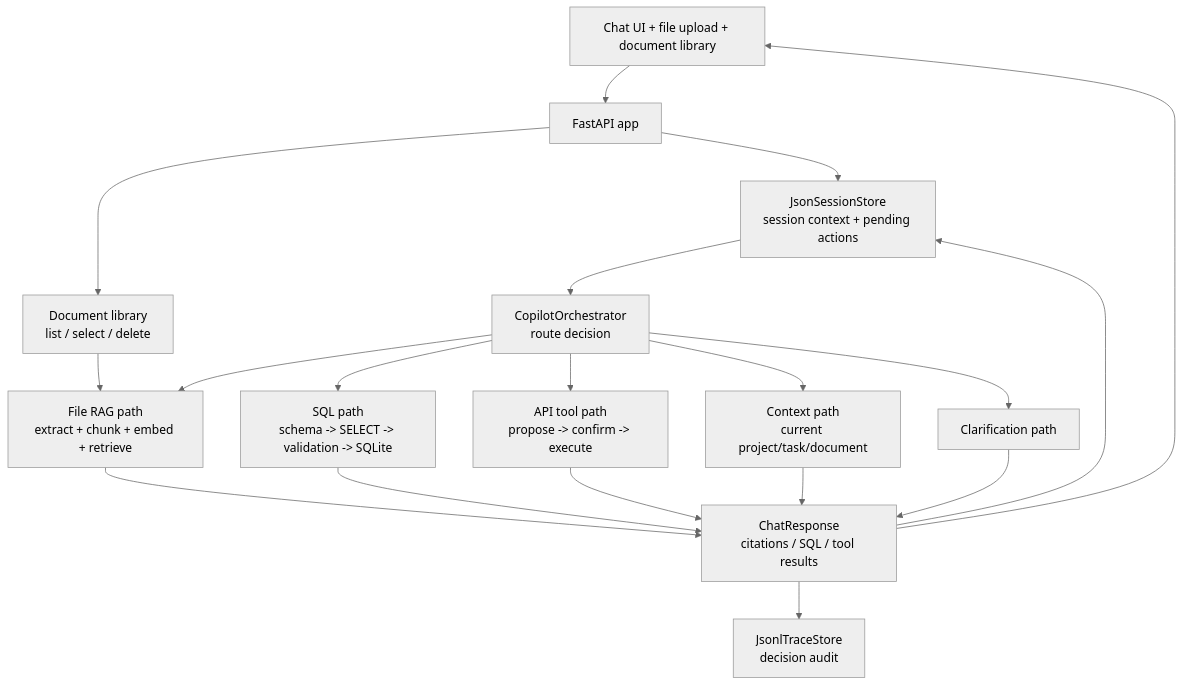
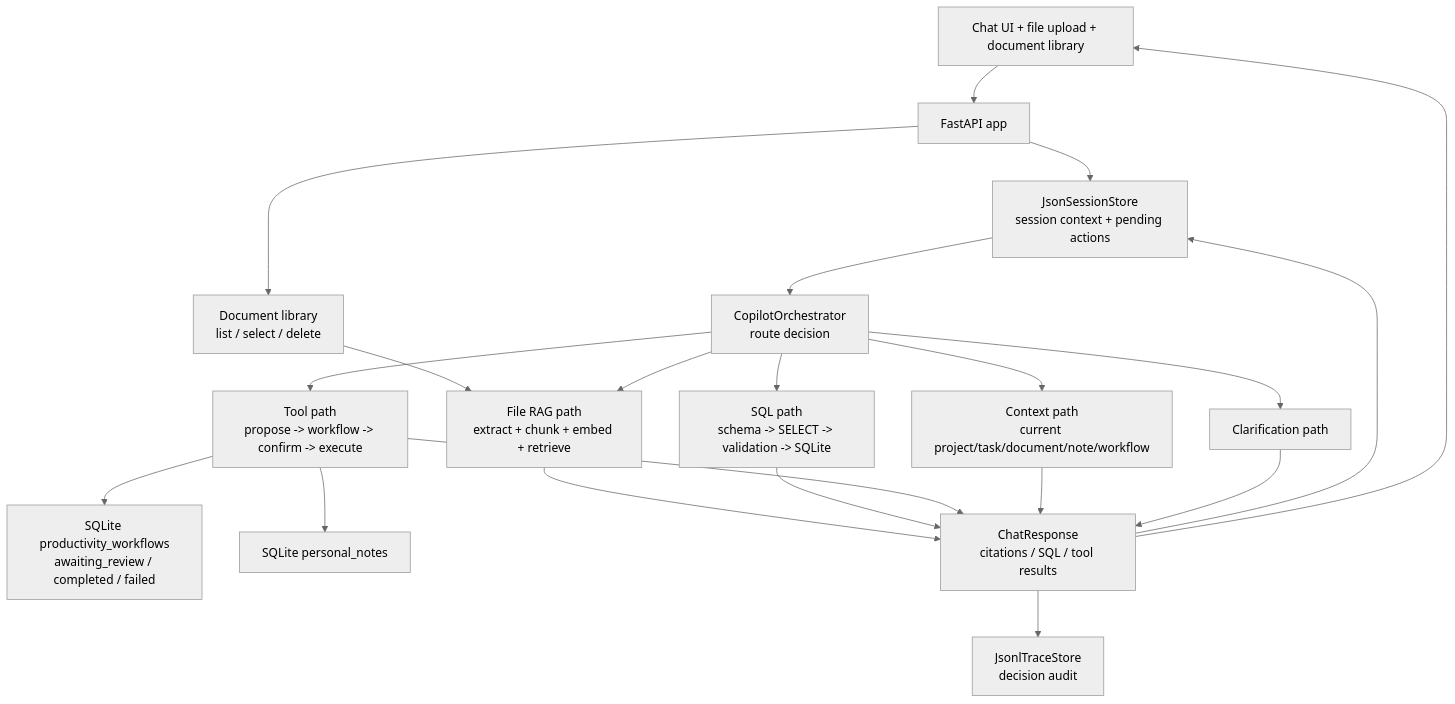
One commit to xlu-agentic-systems/agentic-system-lab changed the diagram in project4_agentic_project_copilot/docs/architecture.md. Above: the diagram before and after it, drawn with Mermaid (neutral theme). The commit also changed other lines of this file and 12 other files, not shown here.

Commit message:
Add Project 4 productivity workflow harness

````diff
--- a/project4_agentic_project_copilot/docs/architecture.md
+++ b/project4_agentic_project_copilot/docs/architecture.md
@@ -7,32 +8,36 @@
 ```mermaid
 flowchart TD
     UI["Chat UI + file upload + document library"]
     API["FastAPI app"]
     Session["JsonSessionStore\nsession context + pending actions"]
     Documents["Document library\nlist / select / delete"]
     Orchestrator["CopilotOrchestrator\nroute decision"]
     Files["File RAG path\nextract + chunk + embed + retrieve"]
     SQL["SQL path\nschema -> SELECT -> validation -> SQLite"]
-    Tools["API tool path\npropose -> confirm -> execute"]
-    Context["Context path\ncurrent project/task/document"]
+    Tools["Tool path\npropose -> workflow -> confirm -> execute"]
+    Workflows["SQLite productivity_workflows\nawaiting_review / completed / failed"]
+    Notes["SQLite personal_notes"]
+    Context["Context path\ncurrent project/task/document/note/workflow"]
     Clarify["Clarification path"]
     Trace["JsonlTraceStore\ndecision audit"]
     Response["ChatResponse\ncitations / SQL / tool results"]
 
     UI --> API --> Session --> Orchestrator
     API --> Documents
     Documents --> Files
     Orchestrator --> Files
     Orchestrator --> SQL
     Orchestrator --> Tools
+    Tools --> Workflows
+    Tools --> Notes
     Orchestrator --> Context
     Orchestrator --> Clarify
     Files --> Response
     SQL --> Response
     Tools --> Response
     Context --> Response
     Clarify --> Response
     Response --> Session
     Response --> Trace
     Response --> UI
 ```
````
